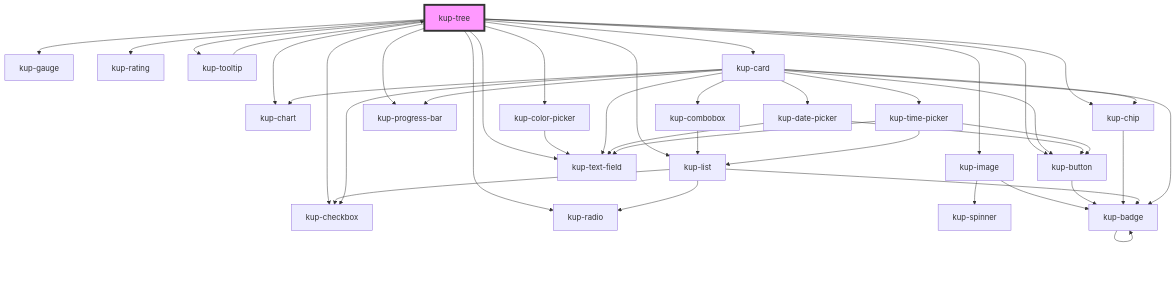
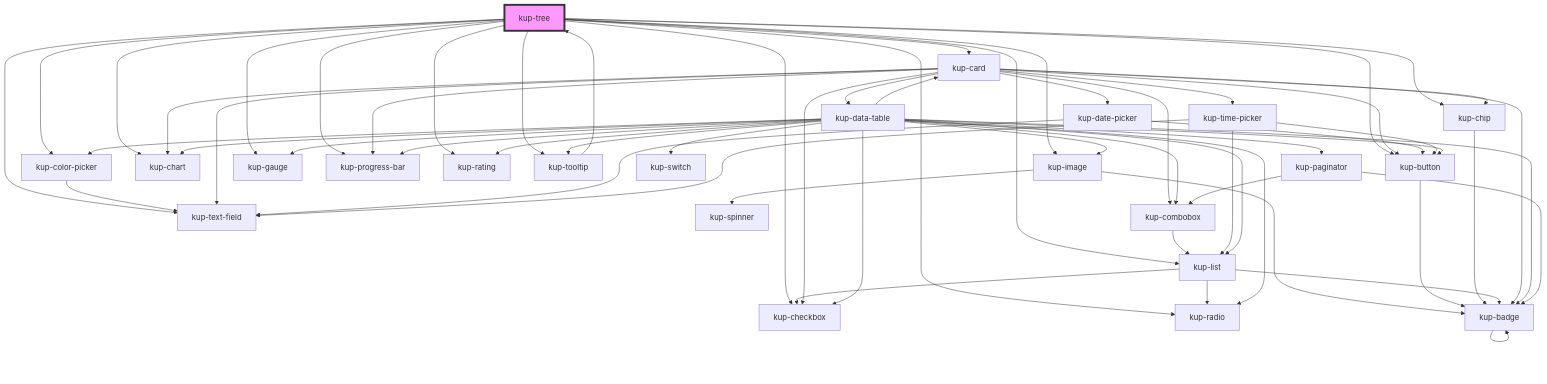
Before and after one commit to smeup/ketchup: the diagram in packages/ketchup/src/components/kup-tree/readme.md, drawn with Mermaid. The commit also changed 11 other files, not shown here.

````diff
--- a/packages/ketchup/src/components/kup-tree/readme.md
+++ b/packages/ketchup/src/components/kup-tree/readme.md
@@ -176,44 +176,63 @@
 ```mermaid
 graph TD;
   kup-tree --> kup-image
   kup-tree --> kup-button
   kup-tree --> kup-chart
   kup-tree --> kup-checkbox
   kup-tree --> kup-chip
   kup-tree --> kup-color-picker
   kup-tree --> kup-gauge
   kup-tree --> kup-progress-bar
   kup-tree --> kup-rating
   kup-tree --> kup-radio
   kup-tree --> kup-tooltip
   kup-tree --> kup-list
   kup-tree --> kup-text-field
   kup-tree --> kup-card
   kup-image --> kup-spinner
   kup-image --> kup-badge
   kup-badge --> kup-badge
   kup-button --> kup-badge
   kup-chip --> kup-badge
   kup-color-picker --> kup-text-field
   kup-tooltip --> kup-tree
   kup-list --> kup-radio
   kup-list --> kup-checkbox
   kup-list --> kup-badge
   kup-card --> kup-chip
   kup-card --> kup-badge
   kup-card --> kup-button
   kup-card --> kup-checkbox
   kup-card --> kup-combobox
   kup-card --> kup-date-picker
   kup-card --> kup-text-field
   kup-card --> kup-time-picker
+  kup-card --> kup-data-table
   kup-card --> kup-progress-bar
   kup-card --> kup-chart
   kup-combobox --> kup-list
   kup-date-picker --> kup-text-field
   kup-date-picker --> kup-button
   kup-time-picker --> kup-text-field
   kup-time-picker --> kup-button
   kup-time-picker --> kup-list
+  kup-data-table --> kup-card
+  kup-data-table --> kup-checkbox
+  kup-data-table --> kup-tooltip
+  kup-data-table --> kup-list
+  kup-data-table --> kup-image
+  kup-data-table --> kup-button
+  kup-data-table --> kup-chart
+  kup-data-table --> kup-color-picker
+  kup-data-table --> kup-gauge
+  kup-data-table --> kup-progress-bar
+  kup-data-table --> kup-rating
+  kup-data-table --> kup-radio
+  kup-data-table --> kup-paginator
+  kup-data-table --> kup-switch
+  kup-data-table --> kup-combobox
+  kup-data-table --> kup-badge
+  kup-paginator --> kup-combobox
+  kup-paginator --> kup-badge
   style kup-tree fill:#f9f,stroke:#333,stroke-width:4px
 ```
````
